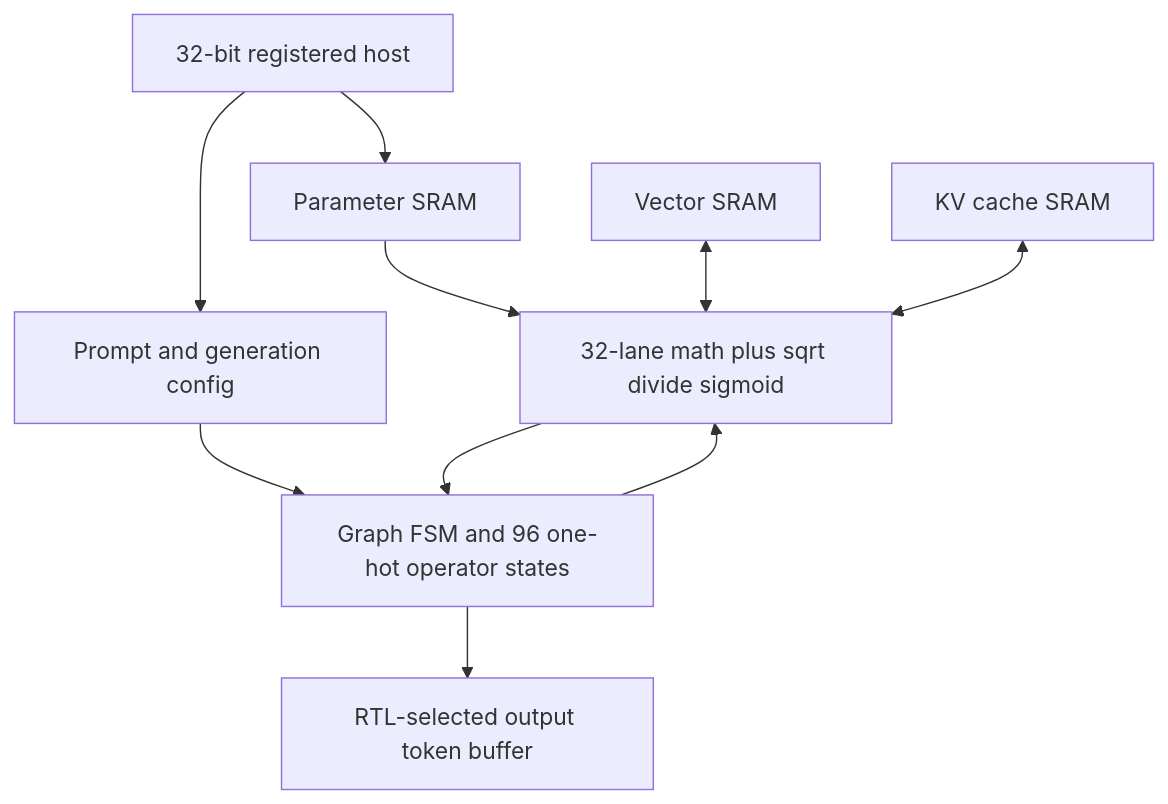
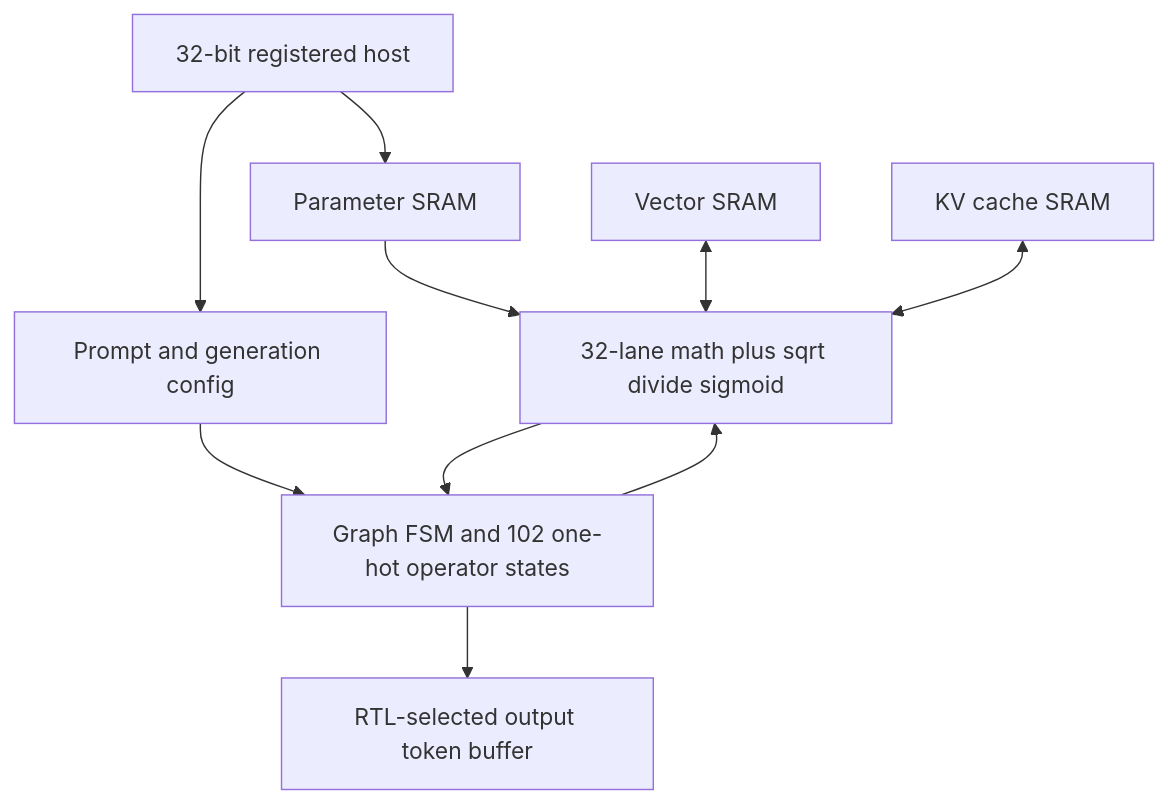
One commit to nguyennhutkhanhtom/NPU changed the diagram in docs/source_guide/blocks/llm_soc.sv.md. Above: the diagram before and after it, drawn with Mermaid. The commit also changed other lines of this file and 167 other files, not shown here.

````diff
--- a/docs/source_guide/blocks/llm_soc.sv.md
+++ b/docs/source_guide/blocks/llm_soc.sv.md
@@ -13,12 +13,12 @@
 ```mermaid
 flowchart TB
     HOST[32-bit registered host] --> PARAM[Parameter SRAM]
     HOST --> TOKENS[Prompt and generation config]
-    TOKENS --> GRAPH[Graph FSM and 96 one-hot operator states]
+    TOKENS --> GRAPH[Graph FSM and 102 one-hot operator states]
     GRAPH --> SIMD[32-lane math plus sqrt divide sigmoid]
     PARAM --> SIMD
     VECTOR[Vector SRAM] <--> SIMD
     KV[KV cache SRAM] <--> SIMD
     SIMD --> GRAPH
     GRAPH --> OUTPUT[RTL-selected output token buffer]
 ```
````
